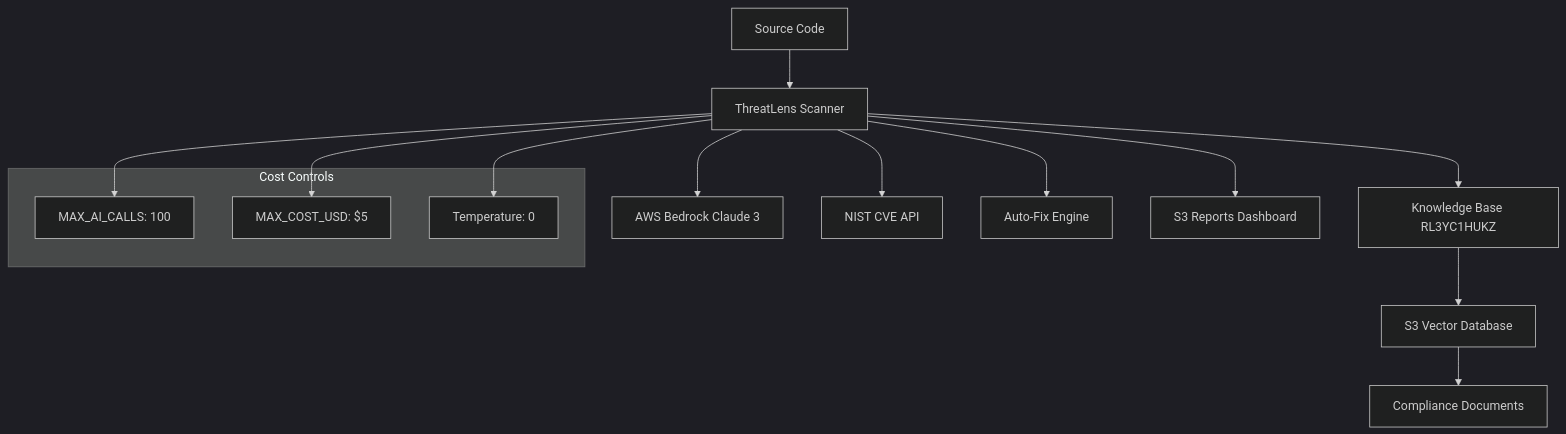
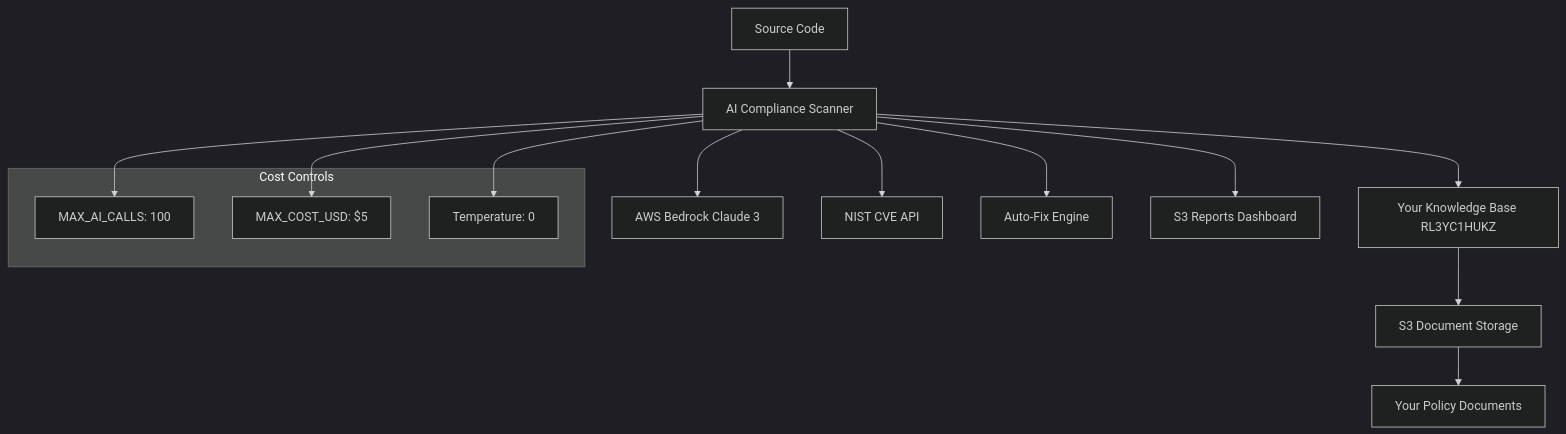
Before and after one commit to devops-captain/Ai-Ops-Ci-CD: the diagram in README.md, drawn with Mermaid (dark theme). The commit also changed other lines of this file and 12 other files, not shown here.

````diff
--- a/README.md
+++ b/README.md
@@ -24,21 +25,21 @@
 ```mermaid
 graph TB
-    A[Source Code] --> B[ThreatLens Scanner]
+    A[Source Code] --> B[AI Compliance Scanner]
     B --> C[AWS Bedrock Claude 3]
-    B --> D[Knowledge Base RL3YC1HUKZ]
-    D --> E[S3 Vector Database]
-    E --> F[Compliance Documents]
+    B --> D[Your Knowledge Base RL3YC1HUKZ]
+    D --> E[S3 Document Storage]
+    E --> F[Your Policy Documents]
     B --> G[NIST CVE API]
     B --> H[Auto-Fix Engine]
     B --> I[S3 Reports Dashboard]
     
     subgraph "Cost Controls"
         J[MAX_AI_CALLS: 100]
         K[MAX_COST_USD: $5]
         L[Temperature: 0]
     end
     
     B --> J
     B --> K
     B --> L
 ```
````
